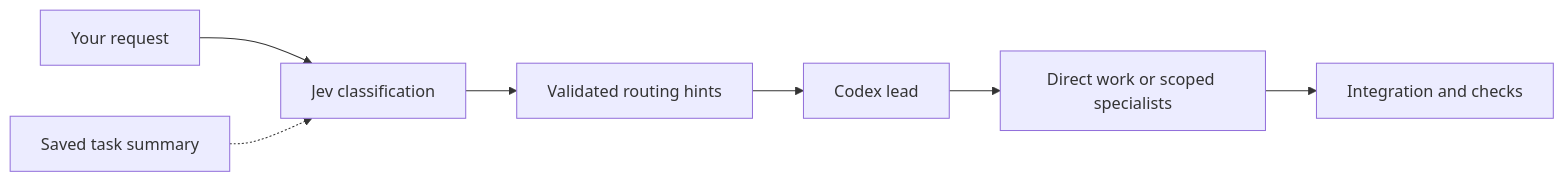
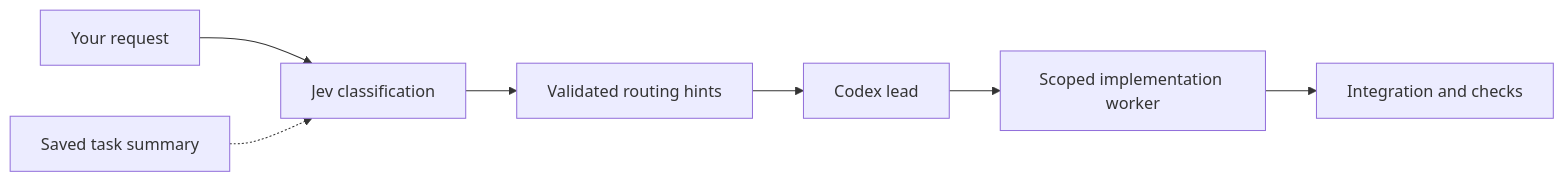
The diagram in README.md (Madikhan33/jev_codex), drawn with Mermaid before and after one commit. The commit also changed other lines of this file and 24 other files, not shown here.

````diff
--- a/README.md
+++ b/README.md
@@ -108,9 +110,9 @@
 ```mermaid
 flowchart LR
     A[Your request] --> B[Jev classification]
     C[Saved task summary] -.-> B
     B --> D[Validated routing hints]
     D --> E[Codex lead]
-    E --> F[Direct work or scoped specialists]
+    E --> F[Scoped implementation worker]
     F --> G[Integration and checks]
 ```
````
